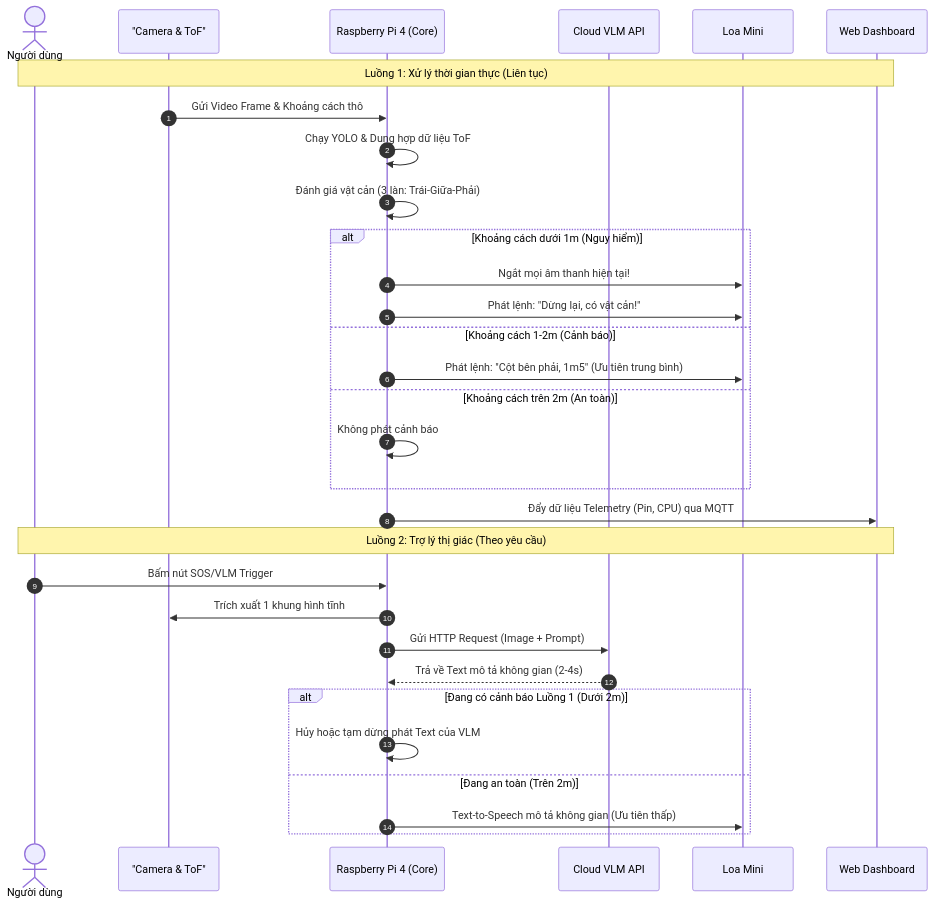
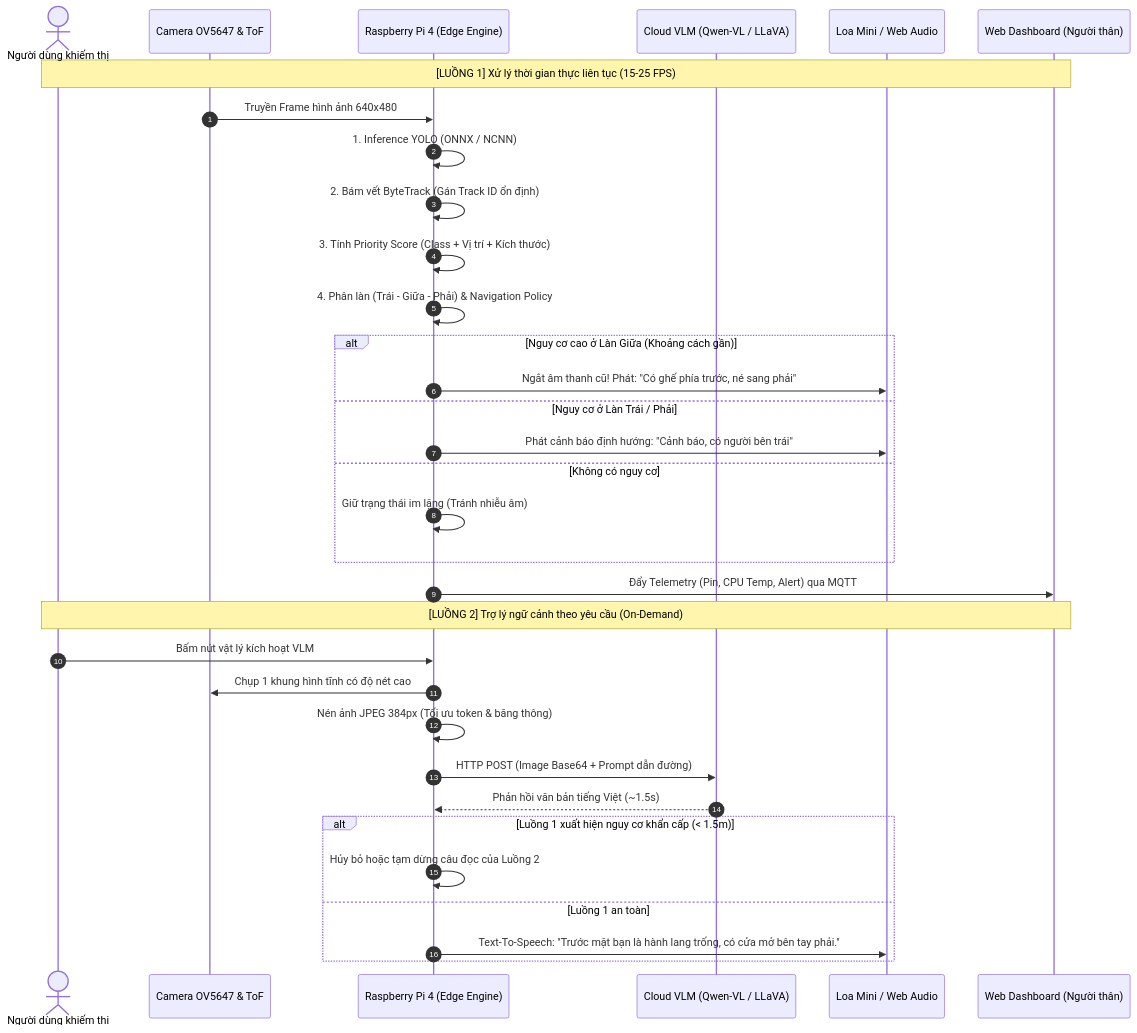
One commit to meowmeow-uwu/blind-navigation changed the diagram in README.md. Above: the diagram before and after it, drawn with Mermaid. The commit also changed other lines of this file and 26 other files, not shown here.

````diff
--- a/README.md
+++ b/README.md
@@ -23,38 +40,39 @@
 ```mermaid
 sequenceDiagram
     autonumber
-    actor User as Người dùng
-    participant Sensor as "Camera & ToF"
-    participant RPi as Raspberry Pi 4 (Core)
-    participant VLM as Cloud VLM API
-    participant Audio as Loa Mini
-    participant Web as Web Dashboard
+    actor User as Người dùng khiếm thị
+    participant Sensor as Camera OV5647 & ToF
+    participant Edge as Raspberry Pi 4 (Edge Engine)
+    participant Cloud as Cloud VLM (Qwen-VL / LLaVA)
+    participant Audio as Loa Mini / Web Audio
+    participant Dash as Web Dashboard (Người thân)
 
-    Note over User, Web: Luồng 1: Xử lý thời gian thực (Liên tục)
-    Sensor->>RPi: Gửi Video Frame & Khoảng cách thô
-    RPi->>RPi: Chạy YOLO & Dung hợp dữ liệu ToF
-    RPi->>RPi: Đánh giá vật cản (3 làn: Trái-Giữa-Phải)
+    Note over User, Dash: [LUỒNG 1] Xử lý thời gian thực liên tục (15-25 FPS)
+    Sensor->>Edge: Truyền Frame hình ảnh 640x480
+    Edge->>Edge: 1. Inference YOLO (ONNX / NCNN)
+    Edge->>Edge: 2. Bám vết ByteTrack (Gán Track ID ổn định)
+    Edge->>Edge: 3. Tính Priority Score (Class + Vị trí + Kích thước)
+    Edge->>Edge: 4. Phân làn (Trái - Giữa - Phải) & Navigation Policy
+
+    alt Nguy cơ cao ở Làn Giữa (Khoảng cách gần)
+        Edge->>Audio: Ngắt âm thanh cũ! Phát: "Có ghế phía trước, né sang phải"
+    else Nguy cơ ở Làn Trái / Phải
+        Edge->>Audio: Phát cảnh báo định hướng: "Cảnh báo, có người bên trái"
+    else Không có nguy cơ
+        Edge->>Edge: Giữ trạng thái im lặng (Tránh nhiễu âm)
+    end
+    Edge->>Dash: Đẩy Telemetry (Pin, CPU Temp, Alert) qua MQTT
+
+    Note over User, Dash: [LUỒNG 2] Trợ lý ngữ cảnh theo yêu cầu (On-Demand)
+    User->>Edge: Bấm nút vật lý kích hoạt VLM
+    Edge->>Sensor: Chụp 1 khung hình tĩnh có độ nét cao
+    Edge->>Edge: Nén ảnh JPEG 384px (Tối ưu token & băng thông)
+    Edge->>Cloud: HTTP POST (Image Base64 + Prompt dẫn đường)
+    Cloud-->>Edge: Phản hồi văn bản tiếng Việt (~1.5s)
     
-    alt Khoảng cách dưới 1m (Nguy hiểm)
-        RPi->>Audio: Ngắt mọi âm thanh hiện tại!
-        RPi->>Audio: Phát lệnh: "Dừng lại, có vật cản!"
-    else Khoảng cách 1-2m (Cảnh báo)
-        RPi->>Audio: Phát lệnh: "Cột bên phải, 1m5" (Ưu tiên trung bình)
-    else Khoảng cách trên 2m (An toàn)
-        RPi->>RPi: Không phát cảnh báo
+    alt Luồng 1 xuất hiện nguy cơ khẩn cấp (< 1.5m)
+        Edge->>Edge: Hủy bỏ hoặc tạm dừng câu đọc của Luồng 2
+    else Luồng 1 an toàn
+        Edge->>Audio: Text-To-Speech: "Trước mặt bạn là hành lang trống, có cửa mở bên tay phải."
     end
-    RPi->>Web: Đẩy dữ liệu Telemetry (Pin, CPU) qua MQTT
-
-    Note over User, Web: Luồng 2: Trợ lý thị giác (Theo yêu cầu)
-    User->>RPi: Bấm nút SOS/VLM Trigger
-    RPi->>Sensor: Trích xuất 1 khung hình tĩnh
-    RPi->>VLM: Gửi HTTP Request (Image + Prompt)
-    VLM-->>RPi: Trả về Text mô tả không gian (2-4s)
-    
-    alt Đang có cảnh báo Luồng 1 (Dưới 2m)
-        RPi->>RPi: Hủy hoặc tạm dừng phát Text của VLM
-    else Đang an toàn (Trên 2m)
-        RPi->>Audio: Text-to-Speech mô tả không gian (Ưu tiên thấp)
-    end
-
 ```
````
